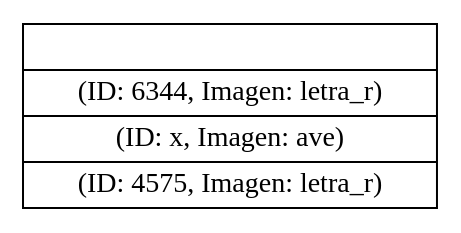
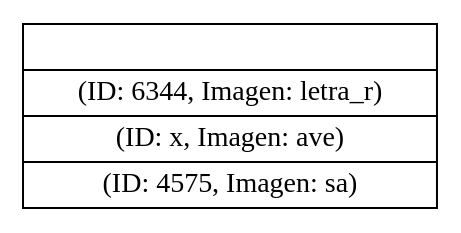
Before and after one commit to Ssolares0/EDD_VJ1S2023_PY_202004822: the diagram in FASE1/Reportes/pila.dot, drawn with Graphviz. The commit also changed 6 other files, not shown here.

```diff
--- a/FASE1/Reportes/pila.dot
+++ b/FASE1/Reportes/pila.dot
@@ -1,4 +1,4 @@
 digraph pila{
 rankdir=LR;
-node[shape = record]nodo0 [label="|(ID: 6344, Imagen: letra_r)|(ID: x, Imagen: ave)|(ID: 4575, Imagen: letra_r)"]; 
+node[shape = record]nodo0 [label="|(ID: 6344, Imagen: letra_r)|(ID: x, Imagen: ave)|(ID: 4575, Imagen: sa)"]; 
 }
```
